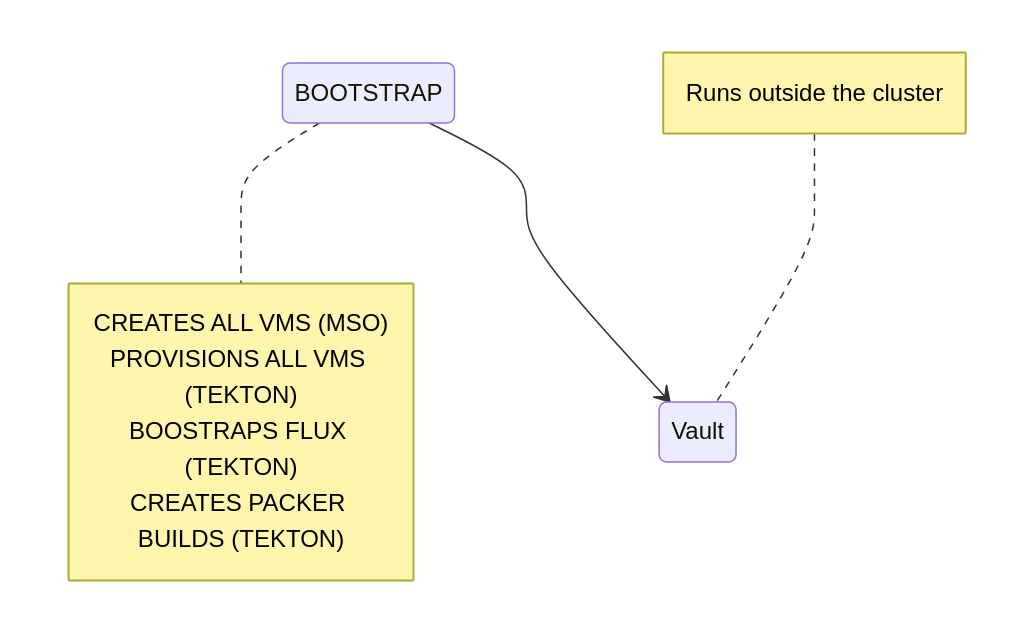
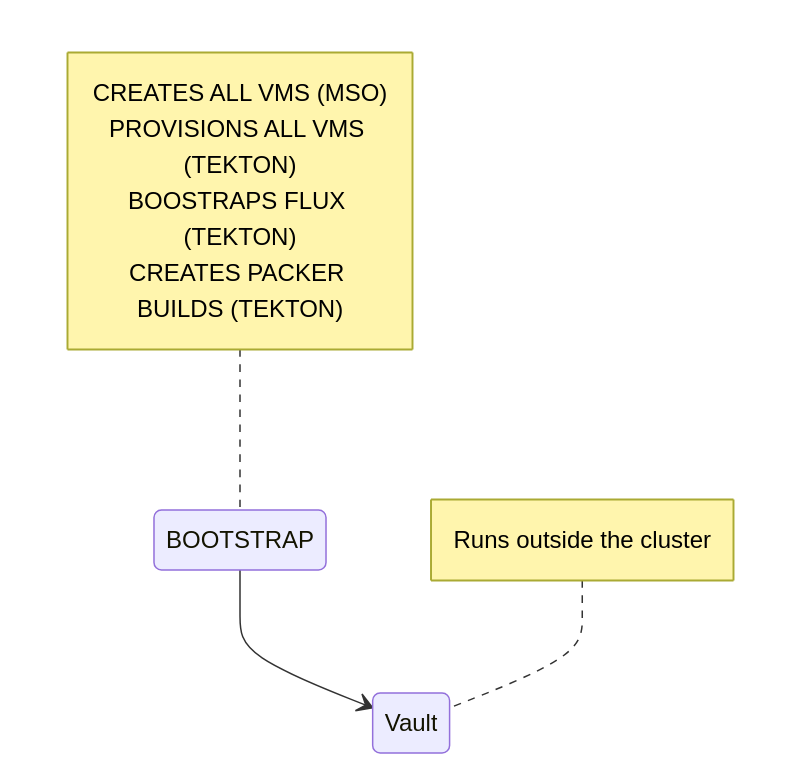
The diagram in staging-pve.md (stuttgart-things/docs), drawn with Mermaid before and after one commit. The commit also changed other lines of this file and 1 other file, not shown here.

Commit message:
changed mermaid theme and boostrap mermaid

```diff
--- a/staging-pve.md
+++ b/staging-pve.md
@@ -5,12 +5,12 @@
 {{< mermaid >}}
 stateDiagram-v2
     Bootstrap: BOOTSTRAP
-    note right of Bootstrap
+    note left of Bootstrap
         CREATES ALL VMS (MSO)
         PROVISIONS ALL VMS (TEKTON)
         BOOSTRAPS FLUX (TEKTON)
         CREATES PACKER BUILDS (TEKTON)
     end note
     Bootstrap --> Vault
     note left of Vault : Runs outside the cluster
 {{< /mermaid >}}
```
